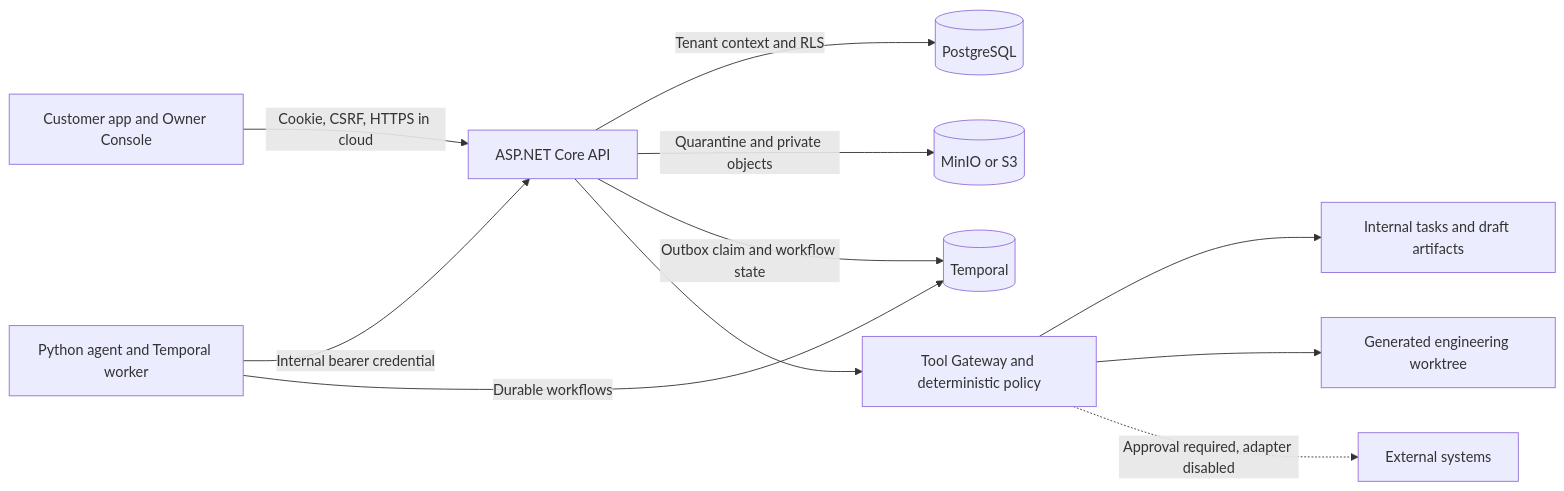
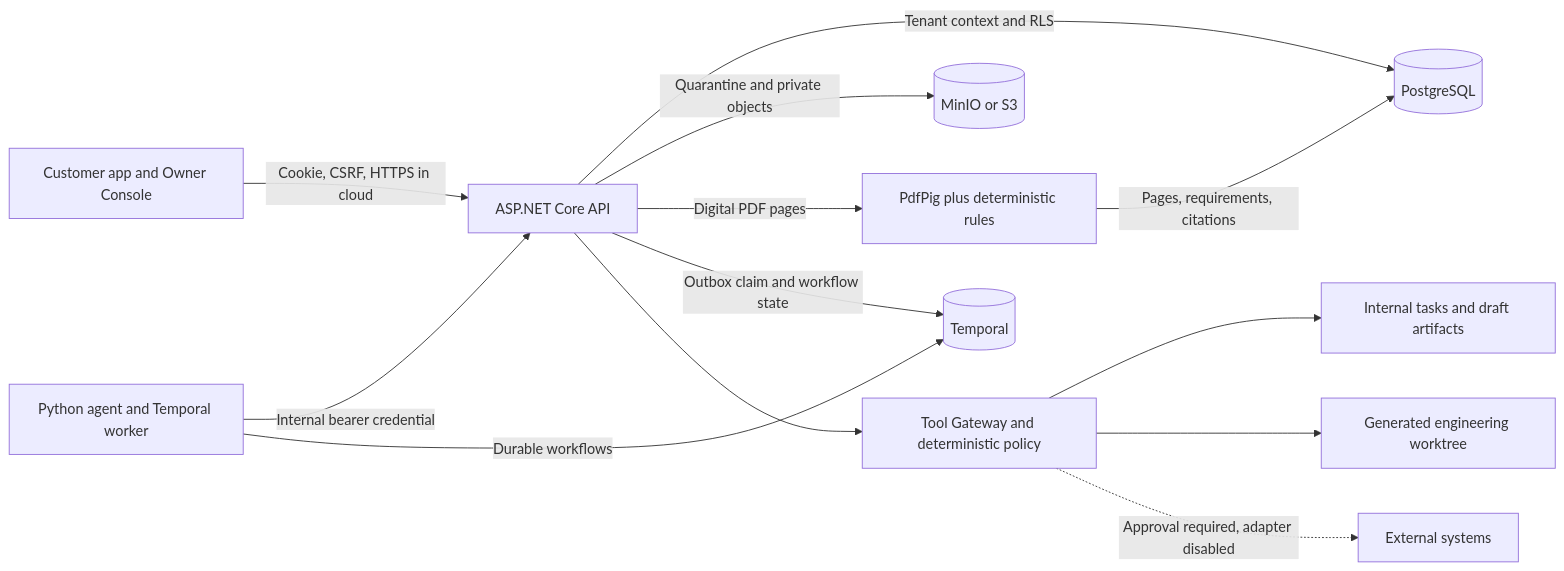
The first of 3 diagrams in docs/architecture/overview.md (DrottPoker/BidMatrix), drawn with Mermaid before and after one commit. The commit also changed other lines of this file and 55 other files, not shown here.

````diff
--- a/docs/architecture/overview.md
+++ b/docs/architecture/overview.md
@@ -5,13 +5,15 @@
 ```mermaid
 flowchart LR
     Browser["Customer app and Owner Console"] -->|Cookie, CSRF, HTTPS in cloud| API["ASP.NET Core API"]
     Worker["Python agent and Temporal worker"] -->|Internal bearer credential| API
     API -->|Tenant context and RLS| PG[(PostgreSQL)]
     API -->|Quarantine and private objects| S3[(MinIO or S3)]
+    API -->|Digital PDF pages| Extractor["PdfPig plus deterministic rules"]
+    Extractor -->|Pages, requirements, citations| PG
     Worker -->|Durable workflows| Temporal[(Temporal)]
     API -->|Outbox claim and workflow state| Temporal
     API --> Gateway["Tool Gateway and deterministic policy"]
     Gateway --> Drafts["Internal tasks and draft artifacts"]
     Gateway --> Sandbox["Generated engineering worktree"]
     Gateway -. "Approval required, adapter disabled" .-> External["External systems"]
 ```
````
